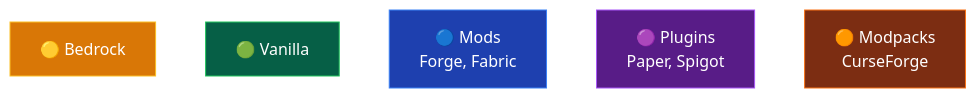
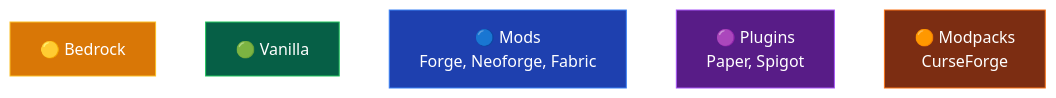
Before and after one commit to Ketbome/minepanel: the second of 2 diagrams in doc/server-types.md, drawn with Mermaid. The commit also changed other lines of this file and 9 other files, not shown here.

````diff
--- a/doc/server-types.md
+++ b/doc/server-types.md
@@ -344,13 +363,13 @@
 ```mermaid
 flowchart LR
     B["🟡 Bedrock"] ~~~ V["🟢 Vanilla"]
-    V ~~~ M["🔵 Mods<br/>Forge, Fabric"]
+    V ~~~ M["🔵 Mods<br/>Forge, Neoforge, Fabric"]
     M ~~~ P["🟣 Plugins<br/>Paper, Spigot"]
     P ~~~ MP["🟠 Modpacks<br/>CurseForge"]
 
     style B fill:#d97706,stroke:#fbbf24,color:#fff
     style V fill:#065f46,stroke:#22c55e,color:#fff
     style M fill:#1e40af,stroke:#3b82f6,color:#fff
     style P fill:#581c87,stroke:#a855f7,color:#fff
     style MP fill:#7c2d12,stroke:#f97316,color:#fff
 ```
````
